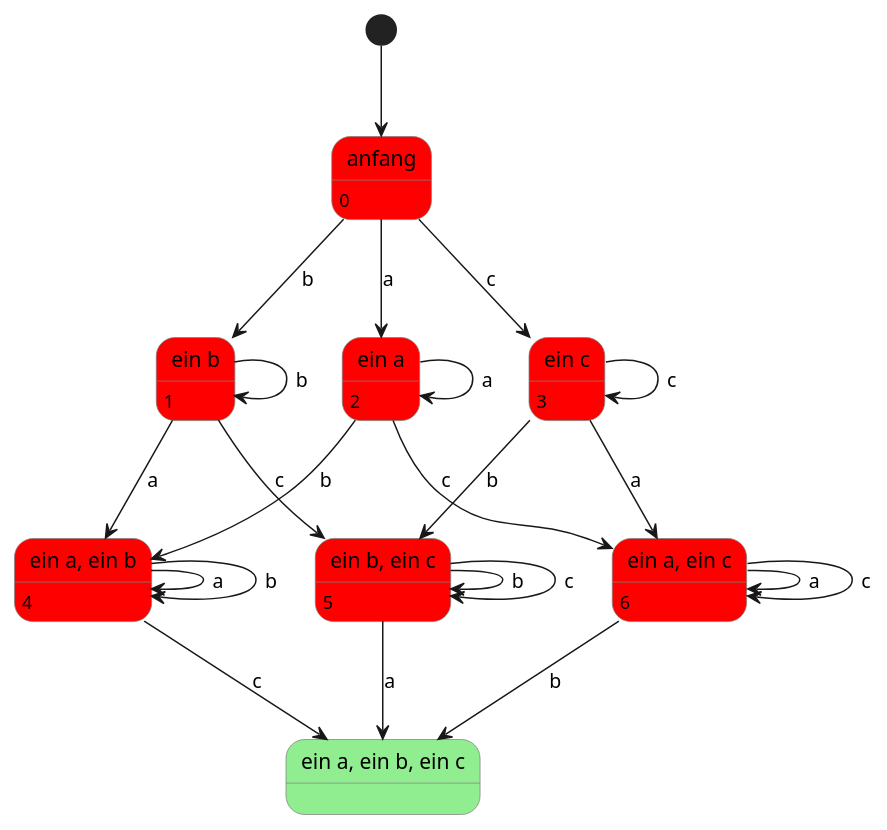
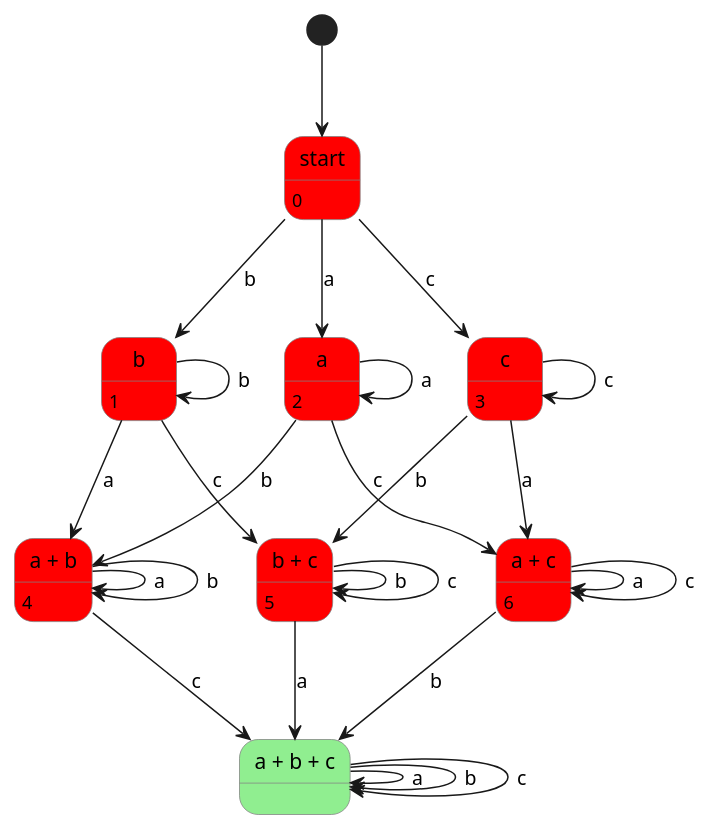
One commit to phbenisc/msiComplexTheorie changed the diagram in src/main/resources/uebung3/exercise03.puml. Above: the diagram before and after it, drawn with PlantUML.

Commit message:
fix(uebung1): missed a loop

```diff
--- a/src/main/resources/uebung3/exercise03.puml
+++ b/src/main/resources/uebung3/exercise03.puml
@@ -1,57 +1,60 @@
 @startuml
 
 skinparam state {
   BackgroundColor<<YES>> LightGreen
   BackgroundColor<<NO>> Red
   BorderColor Gray
 }
 
 [*] --> 0
 
-state "anfang" as 0 <<NO>>
+state "start" as 0 <<NO>>
 
-state "ein b" as 1 <<NO>>
-state "ein a" as 2 <<NO>>
-state "ein c" as 3 <<NO>>
+state "b" as 1 <<NO>>
+state "a" as 2 <<NO>>
+state "c" as 3 <<NO>>
 
 
-state "ein b, ein c" as 5 <<NO>>
-state "ein a, ein b" as 4 <<NO>>
-state "ein a, ein c" as 6 <<NO>>
-state "ein a, ein b, ein c" as 7 <<YES>>
+state "b + c" as 5 <<NO>>
+state "a + b" as 4 <<NO>>
+state "a + c" as 6 <<NO>>
+state "a + b + c" as 7 <<YES>>
 
 
 0: 0
 1: 1
 2: 2
 3: 3
 4: 4
 5: 5
 6: 6
 
 
 0 --> 1 : b
 0 --> 2 : a
 0 --> 3 : c
 1 --> 1 : b
 1 --> 4 : a
 1 --> 5 : c
 2 --> 2 : a
 2 --> 4 : b
 2 --> 6 : c
 3 --> 5 : b
 3 --> 3 : c
 3 --> 6 : a
 
 4 --> 4: a
 4 --> 4: b
 4 --> 7: c
 5 --> 5: b
 5 --> 5: c
 5 --> 7: a
 6 --> 6: a
 6 --> 6: c
 6 --> 7: b
 
+7 --> 7: a
+7 --> 7: b
+7 --> 7: c
 
 @enduml
```
